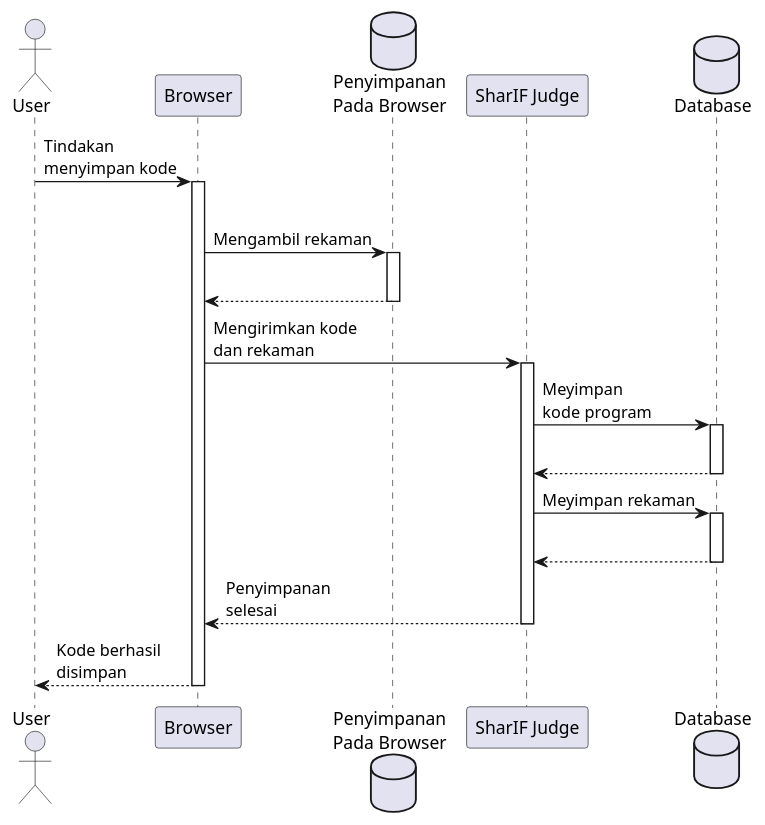
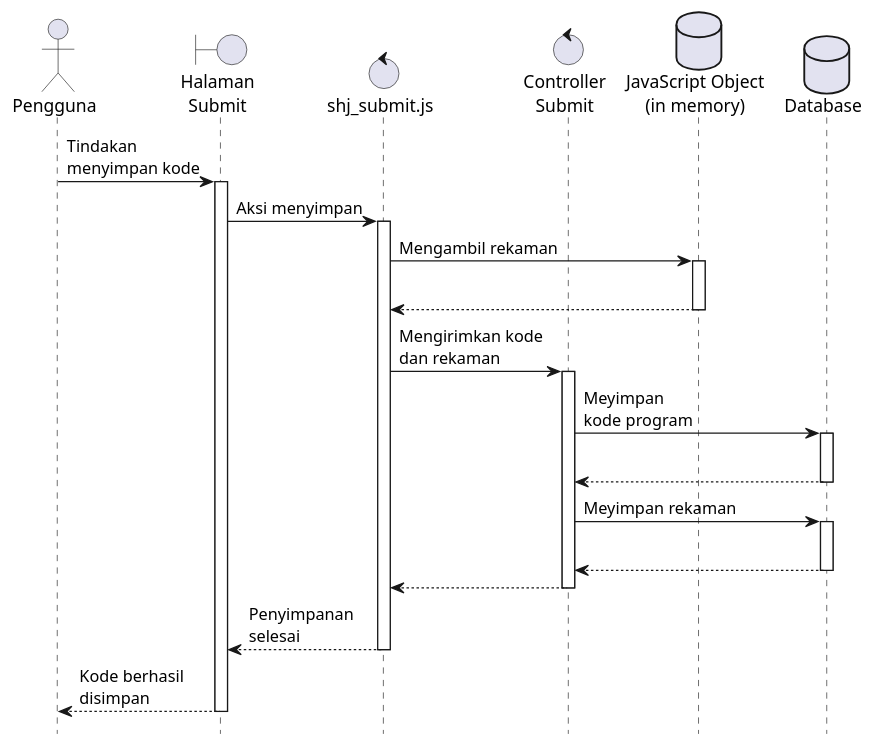
The diagram in doc/DokumenSkripsi/Diagram/3.seqdia_save.puml (AndreasRonaldi/Skripsi), drawn with PlantUML before and after one commit. The commit also changed 11 other files, not shown here.

Commit message:
[3] add analisis assets and change format diagram to be uml

```diff
--- a/doc/DokumenSkripsi/Diagram/3.seqdia_save.puml
+++ b/doc/DokumenSkripsi/Diagram/3.seqdia_save.puml
@@ -1,85 +1,94 @@
 @startuml seqdia_save
-actor       User       as user
-participant Browser as bw
-database "Penyimpanan\nPada Browser" as pbw
-participant "SharIF Judge" as shj
+
+hide footbox
+
+actor       Pengguna       as user
+boundary "Halaman\nSubmit" as bw
+control "shj_submit.js" as js
+control "Controller\nSubmit" as shj
+database "JavaScript Object\n(in memory)" as pbw
 database Database as db
 
 user -> bw : Tindakan \nmenyimpan kode
 activate bw
-|||
-bw -> pbw : Mengambil rekaman
+
+bw -> js : Aksi menyimpan
+activate js
+
+js -> pbw : Mengambil rekaman
 activate pbw
 |||
 return
 
-bw -> shj : Mengirimkan kode \ndan rekaman
+js -> shj : Mengirimkan kode \ndan rekaman
 activate shj
 
 shj -> db : Meyimpan\nkode program
 activate db
 |||
 return
 
 shj -> db : Meyimpan rekaman
 activate db
 |||
+return
+
 return
 
 return Penyimpanan\nselesai
 
 return Kode berhasil\ndisimpan
 
 ' participant "Controller\nSubmit" as cs
 ' participant "Model\nRecording" as mr
 ' database "Sistem File" as sf
 ' database "Database" as db
 ' ' database "shj_submission" as db
 
 ' user -> cs : Kode Program
 ' activate cs
 
 ' cs -> sf : Mencatat Kode Program
 ' activate sf
 ' |||
 ' sf --> cs
 ' deactivate sf
 ' |||
 
 ' cs -> sf : Mencatat Rekaman\nKetikan
 ' activate sf
 ' |||
 ' sf --> cs
 ' deactivate sf
 ' |||
 
 ' cs -> mr : Metadata file rekaman
 ' activate mr
 ' mr -> db : Mencatat metadata
 ' activate db
 ' |||
 ' db --> mr
 ' deactivate db
 ' |||
 ' mr --> cs
 ' deactivate mr
 
 ' cs --> user : berhasil di save
 ' deactivate cs
 
 
 ' participant Participant as Foo
 ' boundary    Boundary    as Foo2
 ' control     Control     as Foo3
 ' entity      Entity      as Foo4
 ' database    Database    as Foo5
 ' collections Collections as Foo6
 ' queue       Queue       as Foo7
 ' Foo -> Foo1 : To actor 
 ' Foo -> Foo2 : To boundary
 ' Foo -> Foo3 : To control
 ' Foo -> Foo4 : To entity
 ' Foo -> Foo5 : To database
 ' Foo -> Foo6 : To collections
 ' Foo -> Foo7: To queue
 @enduml
```
